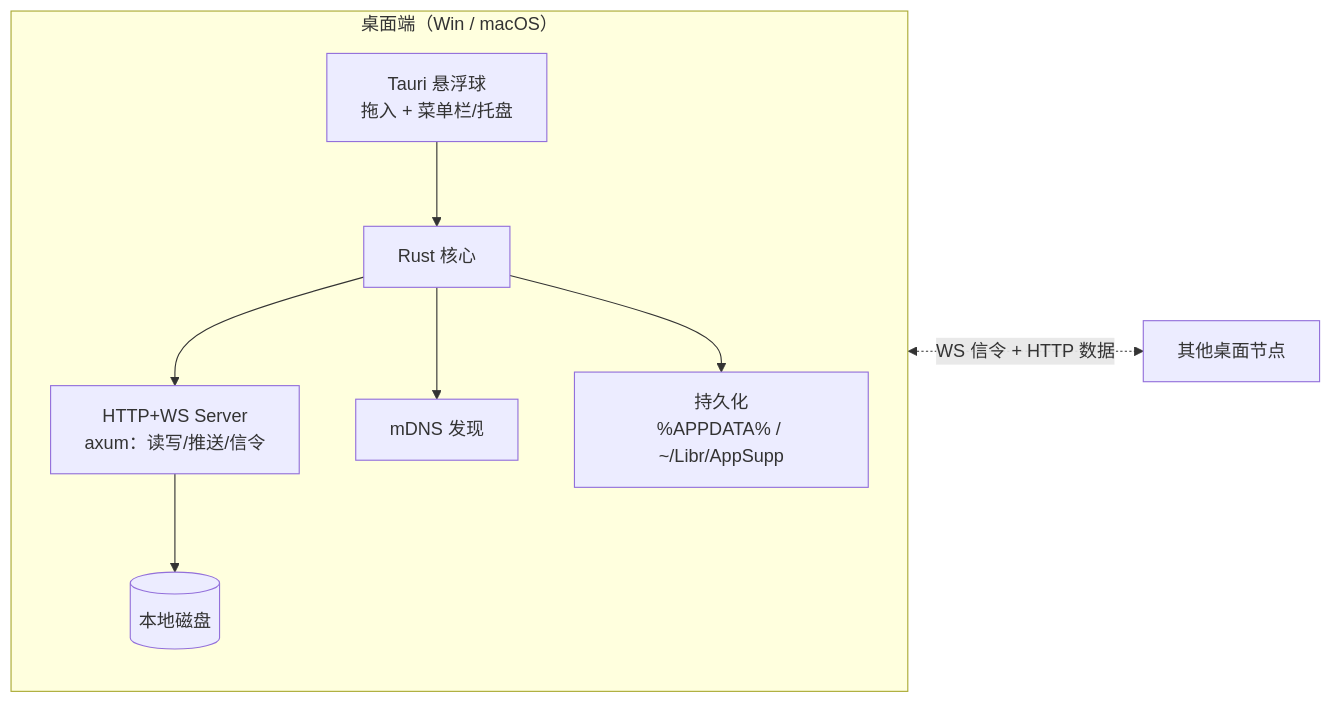
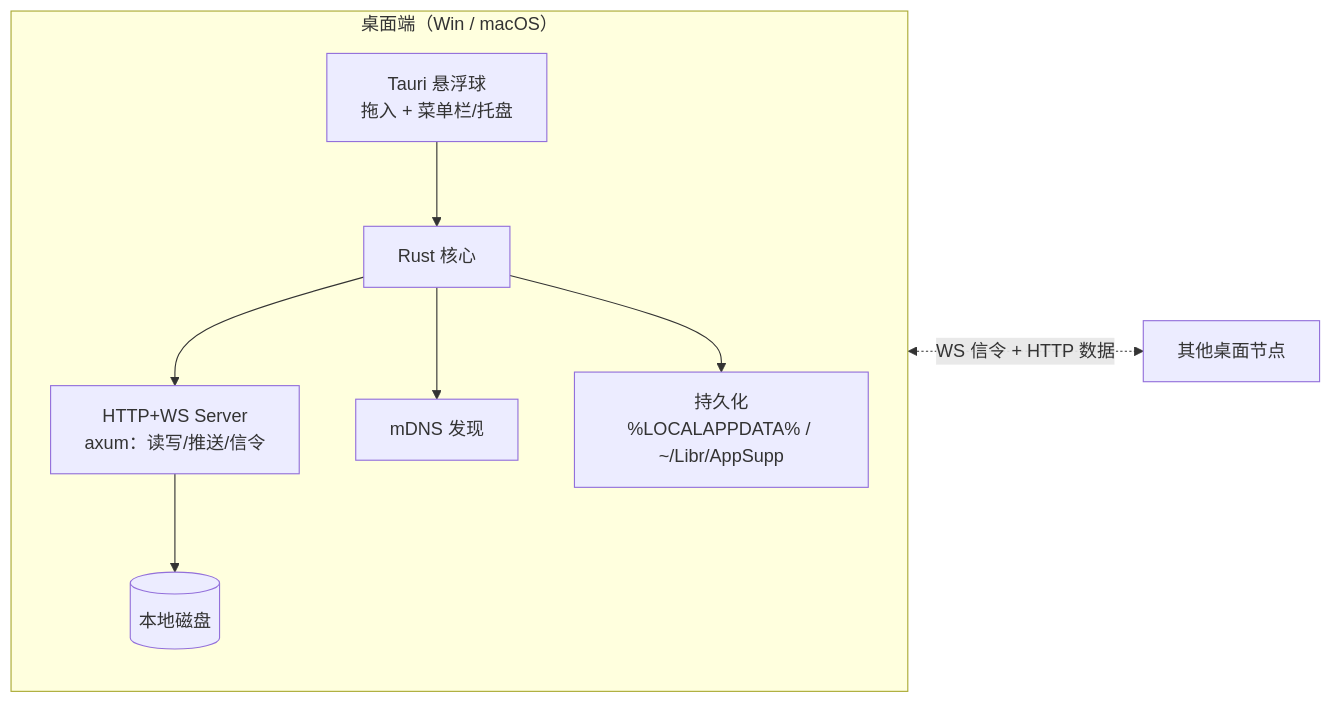
Before and after one commit to x177plus/OrbDrop: the diagram in docs/requirements.md, drawn with Mermaid. The commit also changed other lines of this file and 49 other files, not shown here.

````diff
--- a/docs/requirements.md
+++ b/docs/requirements.md
@@ -217,11 +258,11 @@
 ```mermaid
 flowchart LR
     subgraph Desk["桌面端（Win / macOS）"]
         A1["Tauri 悬浮球<br/>拖入 + 菜单栏/托盘"] --> A2["Rust 核心"]
         A2 --> A3["HTTP+WS Server<br/>axum：读写/推送/信令"]
         A3 --> A4[("本地磁盘")]
         A2 --> A5["mDNS 发现"]
-        A2 --> A6["持久化<br/>%APPDATA% / ~/Libr/AppSupp"]
+        A2 --> A6["持久化<br/>%LOCALAPPDATA% / ~/Libr/AppSupp"]
     end
     Desk <-.->|"WS 信令 + HTTP 数据"| Desk2["其他桌面节点"]
 ```
````
